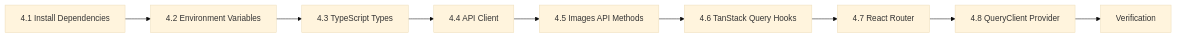
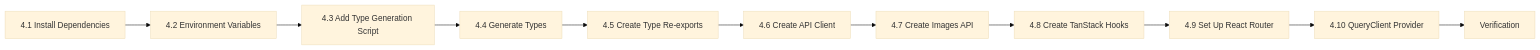
The third of 3 diagrams in doc/plans/stage4-frontend-setup-detailed-plan.md (azakharo/OptiView), drawn with Mermaid (base theme) before and after one commit. The commit also changed other lines of this file and 1 other file, not shown here.

Commit message:
added types auto-code-gen

````diff
--- a/doc/plans/stage4-frontend-setup-detailed-plan.md
+++ b/doc/plans/stage4-frontend-setup-detailed-plan.md
@@ -930,11 +991,13 @@
 ```mermaid
 flowchart LR
     T1[4.1 Install Dependencies] --> T2[4.2 Environment Variables]
-    T2 --> T3[4.3 TypeScript Types]
-    T3 --> T4[4.4 API Client]
-    T4 --> T5[4.5 Images API Methods]
-    T5 --> T6[4.6 TanStack Query Hooks]
-    T6 --> T7[4.7 React Router]
-    T7 --> T8[4.8 QueryClient Provider]
-    T8 --> T9[Verification]
+    T2 --> T3[4.3 Add Type Generation Script]
+    T3 --> T4[4.4 Generate Types]
+    T4 --> T5[4.5 Create Type Re-exports]
+    T5 --> T6[4.6 Create API Client]
+    T6 --> T7[4.7 Create Images API]
+    T7 --> T8[4.8 Create TanStack Hooks]
+    T8 --> T9[4.9 Set Up React Router]
+    T9 --> T10[4.10 QueryClient Provider]
+    T10 --> T11[Verification]
 ```
````
